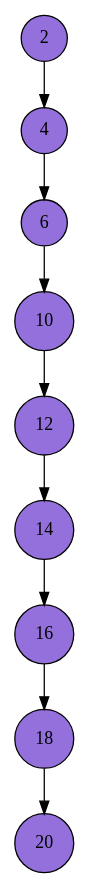
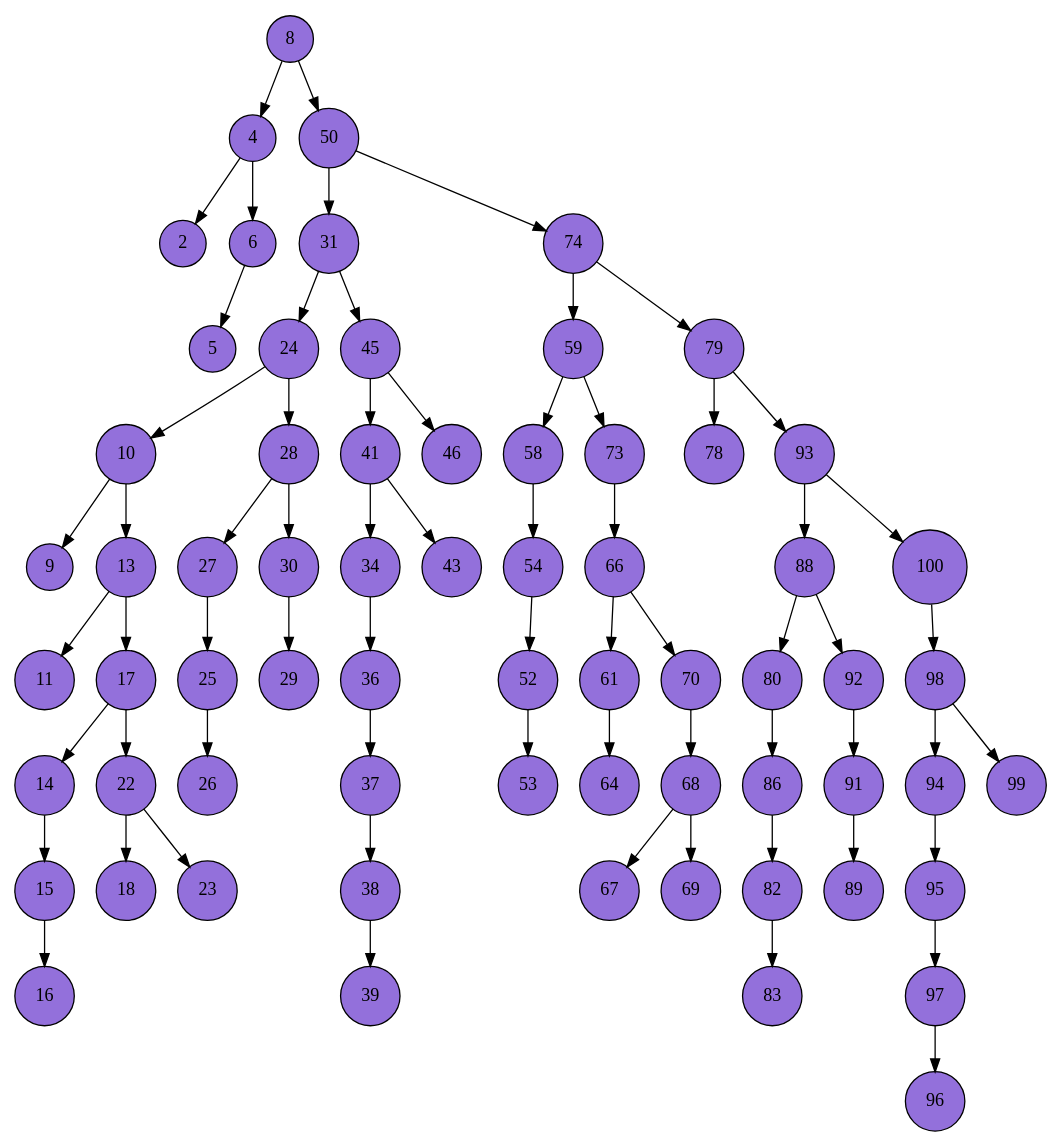
The diagram in aula3/arvoreBinGerado.dot (UesleiFerraz/programacao3-arvores-e-ordenacao), drawn with Graphviz before and after one commit. The commit also changed 10 other files, not shown here.

```diff
--- a/aula3/arvoreBinGerado.dot
+++ b/aula3/arvoreBinGerado.dot
@@ -1,12 +1,69 @@
 digraph ArvoreBinaria {
 node [shape=circle, style=filled, color=black, fillcolor="#9370DB"];
 edge [color=black];
-2 -> 4;
+8 -> 4;
+8 -> 50;
+4 -> 2;
 4 -> 6;
-6 -> 10;
-10 -> 12;
-12 -> 14;
-14 -> 16;
-16 -> 18;
-18 -> 20;
+6 -> 5;
+50 -> 31;
+50 -> 74;
+31 -> 24;
+31 -> 45;
+24 -> 10;
+24 -> 28;
+10 -> 9;
+10 -> 13;
+13 -> 11;
+13 -> 17;
+17 -> 14;
+17 -> 22;
+14 -> 15;
+15 -> 16;
+22 -> 18;
+22 -> 23;
+28 -> 27;
+28 -> 30;
+27 -> 25;
+25 -> 26;
+30 -> 29;
+45 -> 41;
+45 -> 46;
+41 -> 34;
+41 -> 43;
+34 -> 36;
+36 -> 37;
+37 -> 38;
+38 -> 39;
+74 -> 59;
+74 -> 79;
+59 -> 58;
+59 -> 73;
+58 -> 54;
+54 -> 52;
+52 -> 53;
+73 -> 66;
+66 -> 61;
+66 -> 70;
+61 -> 64;
+70 -> 68;
+68 -> 67;
+68 -> 69;
+79 -> 78;
+79 -> 93;
+93 -> 88;
+93 -> 100;
+88 -> 80;
+88 -> 92;
+80 -> 86;
+86 -> 82;
+82 -> 83;
+92 -> 91;
+91 -> 89;
+100 -> 98;
+98 -> 94;
+98 -> 99;
+94 -> 95;
+95 -> 97;
+97 -> 96;
 }
```
